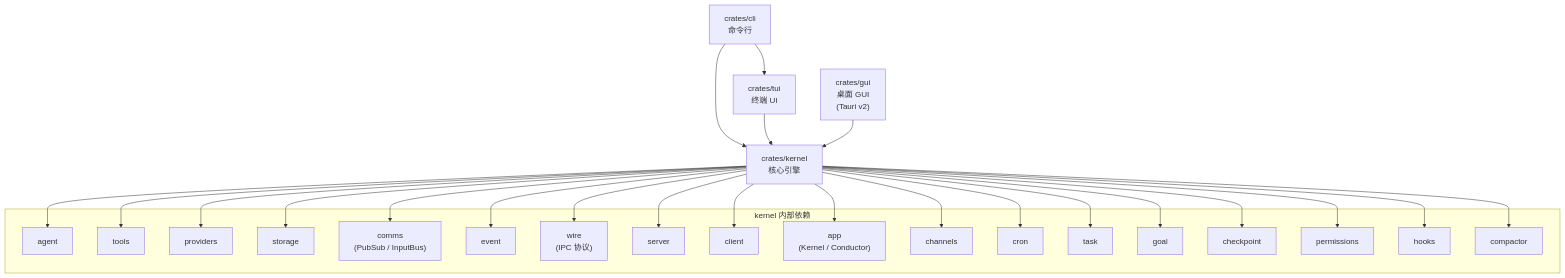
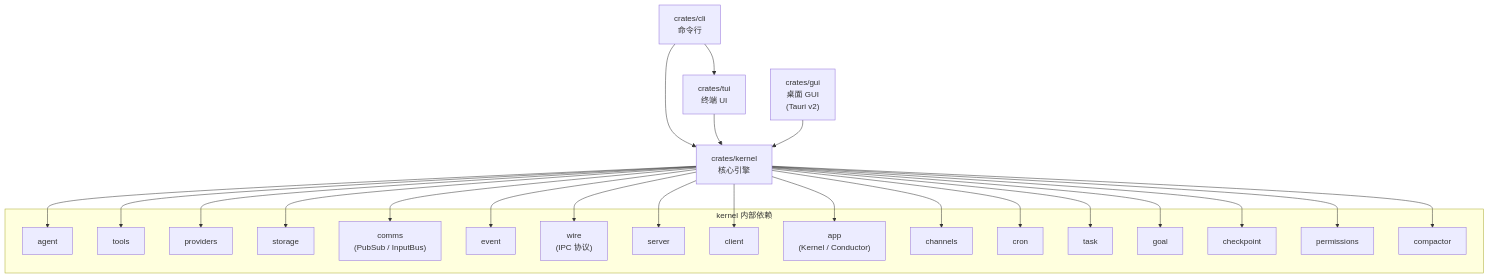
One commit to Crescent617/yomi changed the first of 3 diagrams in docs/ARCH.md. Above: the diagram before and after it, drawn with Mermaid. The commit also changed other lines of this file and 49 other files, not shown here.

````diff
--- a/docs/ARCH.md
+++ b/docs/ARCH.md
@@ -79,52 +78,50 @@
 ```mermaid
 graph TD
     kernel["crates/kernel<br/>核心引擎"]
     cli["crates/cli<br/>命令行"]
     tui["crates/tui<br/>终端 UI"]
     gui["crates/gui<br/>桌面 GUI<br/>(Tauri v2)"]
 
     cli --> tui
     cli --> kernel
     tui --> kernel
     gui --> kernel
 
     subgraph "kernel 内部依赖"
         agent["agent"]
         tools["tools"]
         providers["providers"]
         storage["storage"]
         comms["comms<br/>(PubSub / InputBus)"]
         event["event"]
         wire["wire<br/>(IPC 协议)"]
         server["server"]
         client["client"]
         app["app<br/>(Kernel / Conductor)"]
         channels["channels"]
         cron["cron"]
         task["task"]
         goal["goal"]
         checkpoint["checkpoint"]
         permissions["permissions"]
-        hooks["hooks"]
         compactor["compactor"]
     end
 
     kernel --> agent
     kernel --> tools
     kernel --> providers
     kernel --> storage
     kernel --> comms
     kernel --> event
     kernel --> wire
     kernel --> server
     kernel --> client
     kernel --> app
     kernel --> channels
     kernel --> cron
     kernel --> task
     kernel --> goal
     kernel --> checkpoint
     kernel --> permissions
-    kernel --> hooks
     kernel --> compactor
 ```
````
